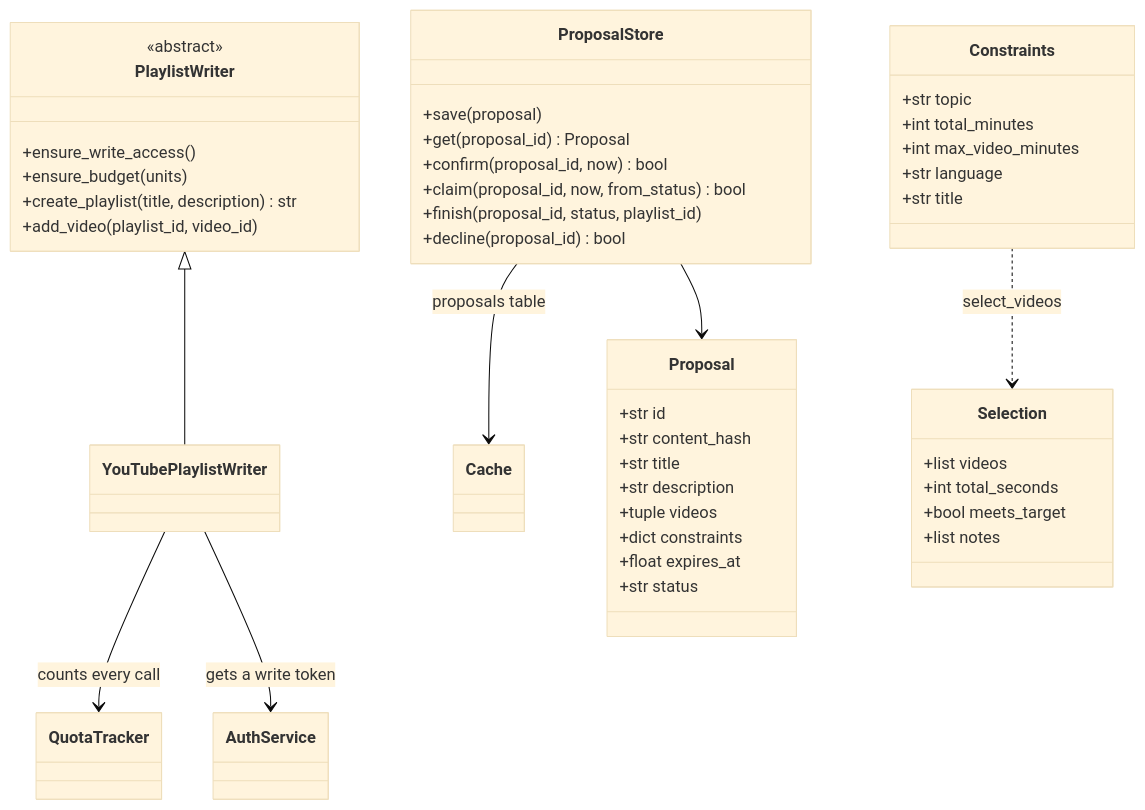
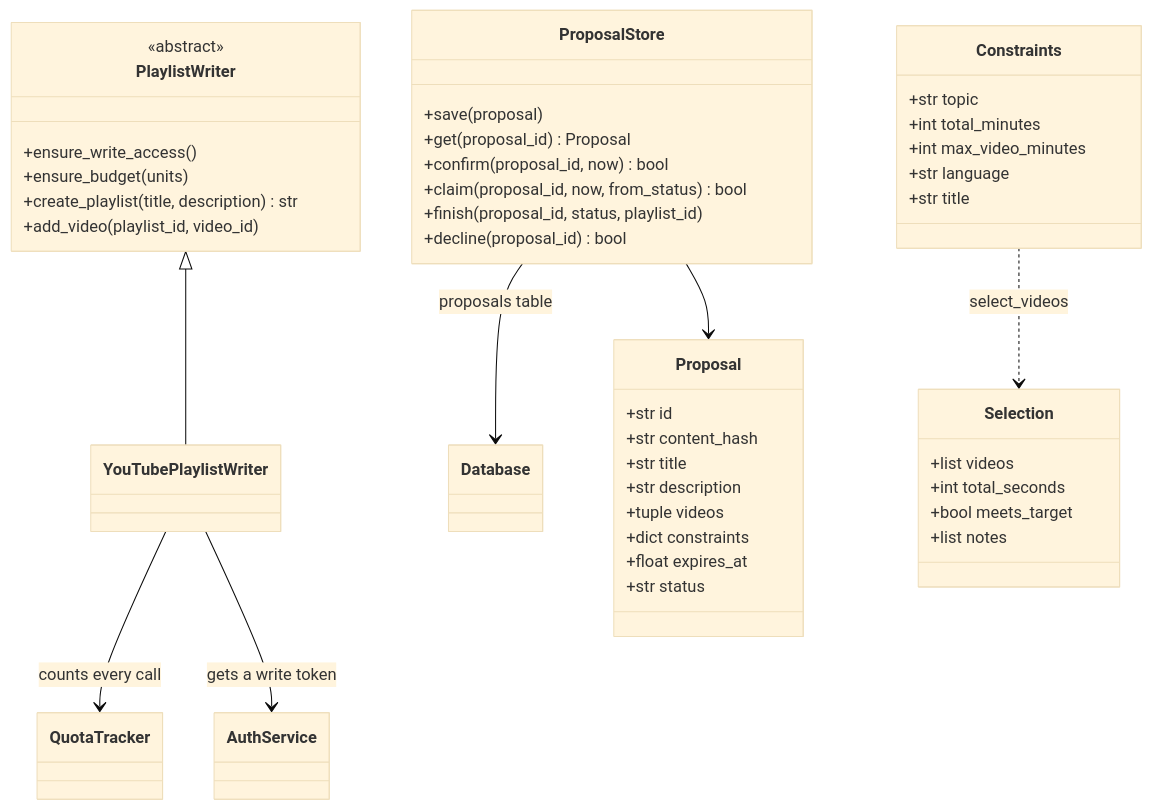
The third of 4 diagrams in docs/Areas/Design Classes.md (Chris-ops4573/Youtube_MCP_Server), drawn with Mermaid (base theme) before and after one commit. The commit also changed other lines of this file and 22 other files, not shown here.

Commit message:
refactor: rename cache.py to database.py

````diff
--- a/docs/Areas/Design Classes.md
+++ b/docs/Areas/Design Classes.md
@@ -105,48 +105,48 @@
 ```mermaid
 classDiagram
   class PlaylistWriter {
     <<abstract>>
     +ensure_write_access()
     +ensure_budget(units)
     +create_playlist(title, description) str
     +add_video(playlist_id, video_id)
   }
   class YouTubePlaylistWriter
   class ProposalStore {
     +save(proposal)
     +get(proposal_id) Proposal
     +confirm(proposal_id, now) bool
     +claim(proposal_id, now, from_status) bool
     +finish(proposal_id, status, playlist_id)
     +decline(proposal_id) bool
   }
   class Proposal {
     +str id
     +str content_hash
     +str title
     +str description
     +tuple videos
     +dict constraints
     +float expires_at
     +str status
   }
   class Constraints {
     +str topic
     +int total_minutes
     +int max_video_minutes
     +str language
     +str title
   }
   class Selection {
     +list videos
     +int total_seconds
     +bool meets_target
     +list notes
   }
   PlaylistWriter <|-- YouTubePlaylistWriter
   YouTubePlaylistWriter --> QuotaTracker : counts every call
   YouTubePlaylistWriter --> AuthService : gets a write token
-  ProposalStore --> Cache : proposals table
+  ProposalStore --> Database : proposals table
   ProposalStore --> Proposal
   Constraints ..> Selection : select_videos
 ```
````
